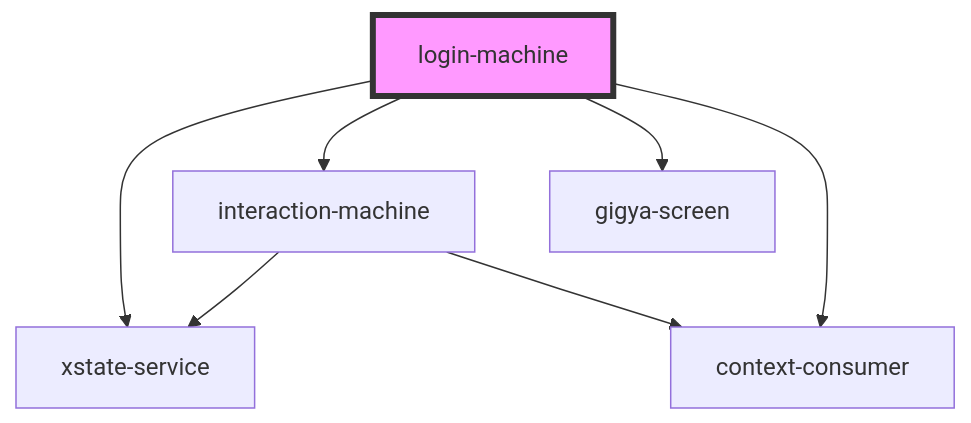
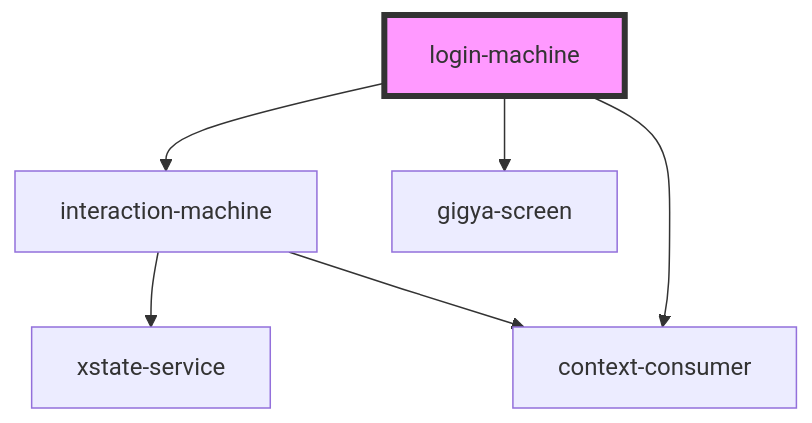
One commit to dinavinter/storybook-auth_collection changed the diagram in src/components/loading-machine/readme.md. Above: the diagram before and after it, drawn with Mermaid. The commit also changed other lines of this file and 24 other files, not shown here.

````diff
--- a/src/components/loading-machine/readme.md
+++ b/src/components/loading-machine/readme.md
@@ -26,10 +25,9 @@
 ```mermaid
 graph TD;
-  login-machine --> xstate-service
   login-machine --> interaction-machine
   login-machine --> gigya-screen
   login-machine --> context-consumer
   interaction-machine --> xstate-service
   interaction-machine --> context-consumer
   style login-machine fill:#f9f,stroke:#333,stroke-width:4px
 ```
````
